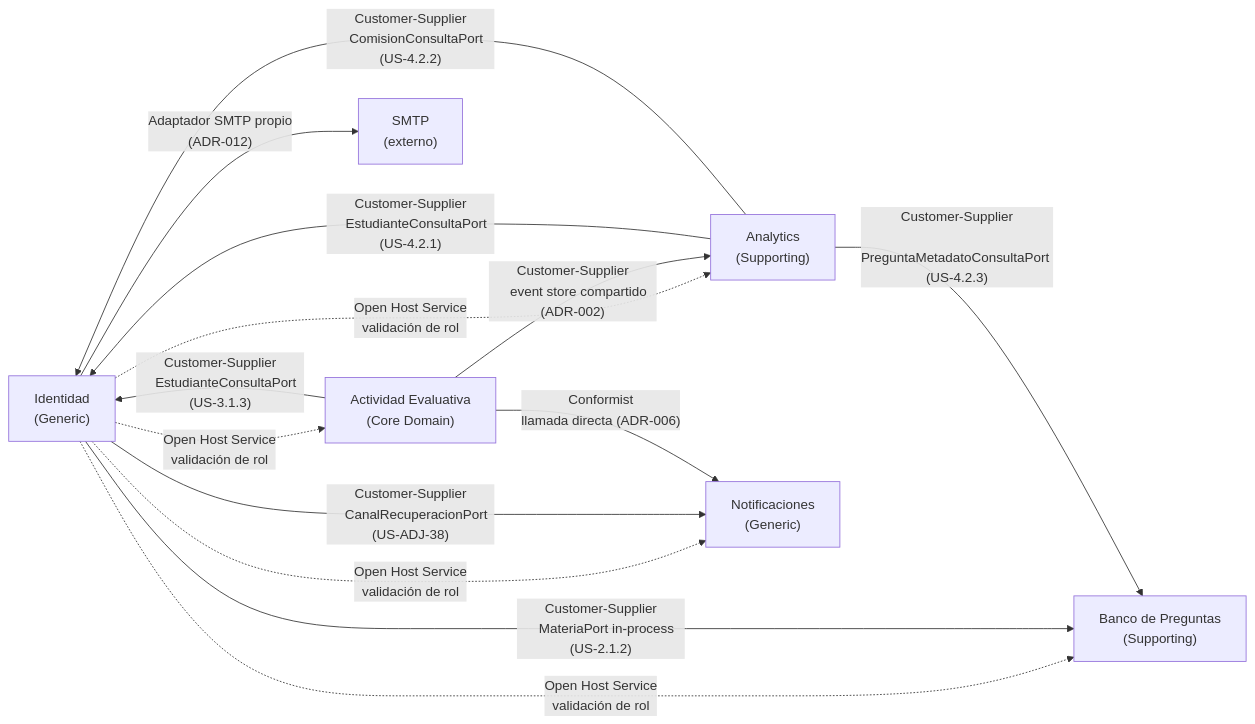
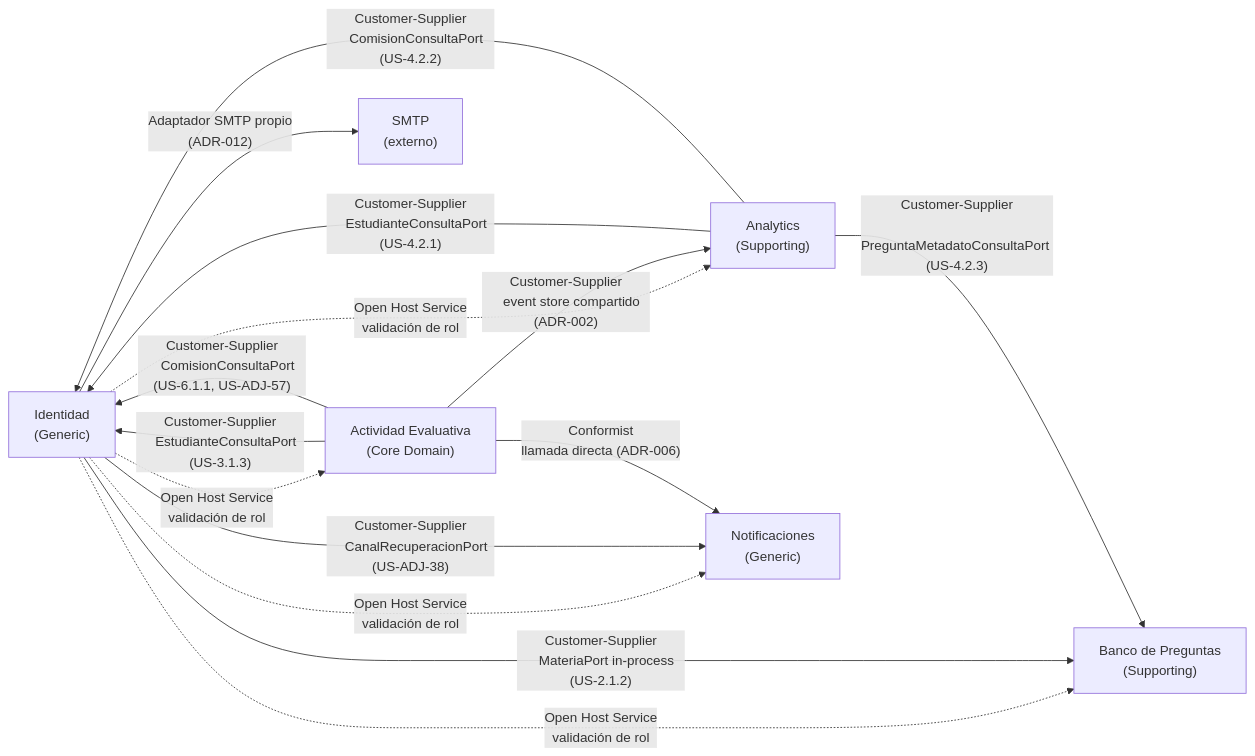
One commit to vvalotto/cognion changed the diagram in docs/architecture/20-context-map-integrations.md. Above: the diagram before and after it, drawn with Mermaid. The commit also changed other lines of this file and 87 other files, not shown here.

````diff
--- a/docs/architecture/20-context-map-integrations.md
+++ b/docs/architecture/20-context-map-integrations.md
@@ -56,45 +57,47 @@
 ```mermaid
 flowchart LR
     identidad["Identidad
     (Generic)"]
     banco["Banco de Preguntas
     (Supporting)"]
     actividad["Actividad Evaluativa
     (Core Domain)"]
     analytics["Analytics
     (Supporting)"]
     notificaciones["Notificaciones
     (Generic)"]
     smtp["SMTP
     (externo)"]
 
     identidad -.->|"Open Host Service
     validación de rol"| banco
     identidad -.->|"Open Host Service
     validación de rol"| actividad
     identidad -.->|"Open Host Service
     validación de rol"| analytics
     identidad -.->|"Open Host Service
     validación de rol"| notificaciones
 
     identidad -->|"Customer-Supplier
     MateriaPort in-process (US-2.1.2)"| banco
     identidad -->|"Customer-Supplier
     CanalRecuperacionPort (US-ADJ-38)"| notificaciones
 
     actividad -->|"Conformist
     llamada directa (ADR-006)"| notificaciones
     actividad -->|"Customer-Supplier
     event store compartido (ADR-002)"| analytics
     actividad -->|"Customer-Supplier
     EstudianteConsultaPort (US-3.1.3)"| identidad
+    actividad -->|"Customer-Supplier
+    ComisionConsultaPort (US-6.1.1, US-ADJ-57)"| identidad
     analytics -->|"Customer-Supplier
     EstudianteConsultaPort (US-4.2.1)"| identidad
     analytics -->|"Customer-Supplier
     ComisionConsultaPort (US-4.2.2)"| identidad
     analytics -->|"Customer-Supplier
     PreguntaMetadatoConsultaPort (US-4.2.3)"| banco
 
     identidad -->|"Adaptador SMTP propio
     (ADR-012)"| smtp
 ```
````
